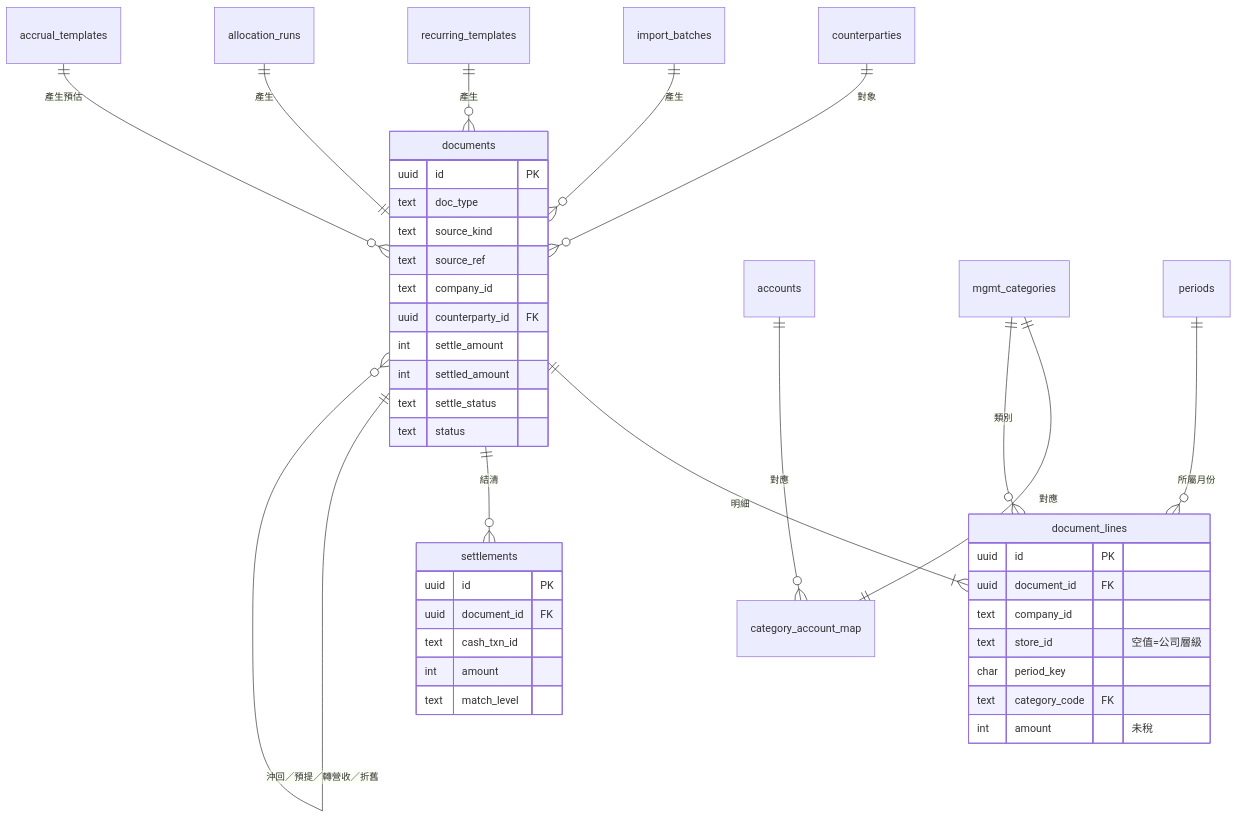
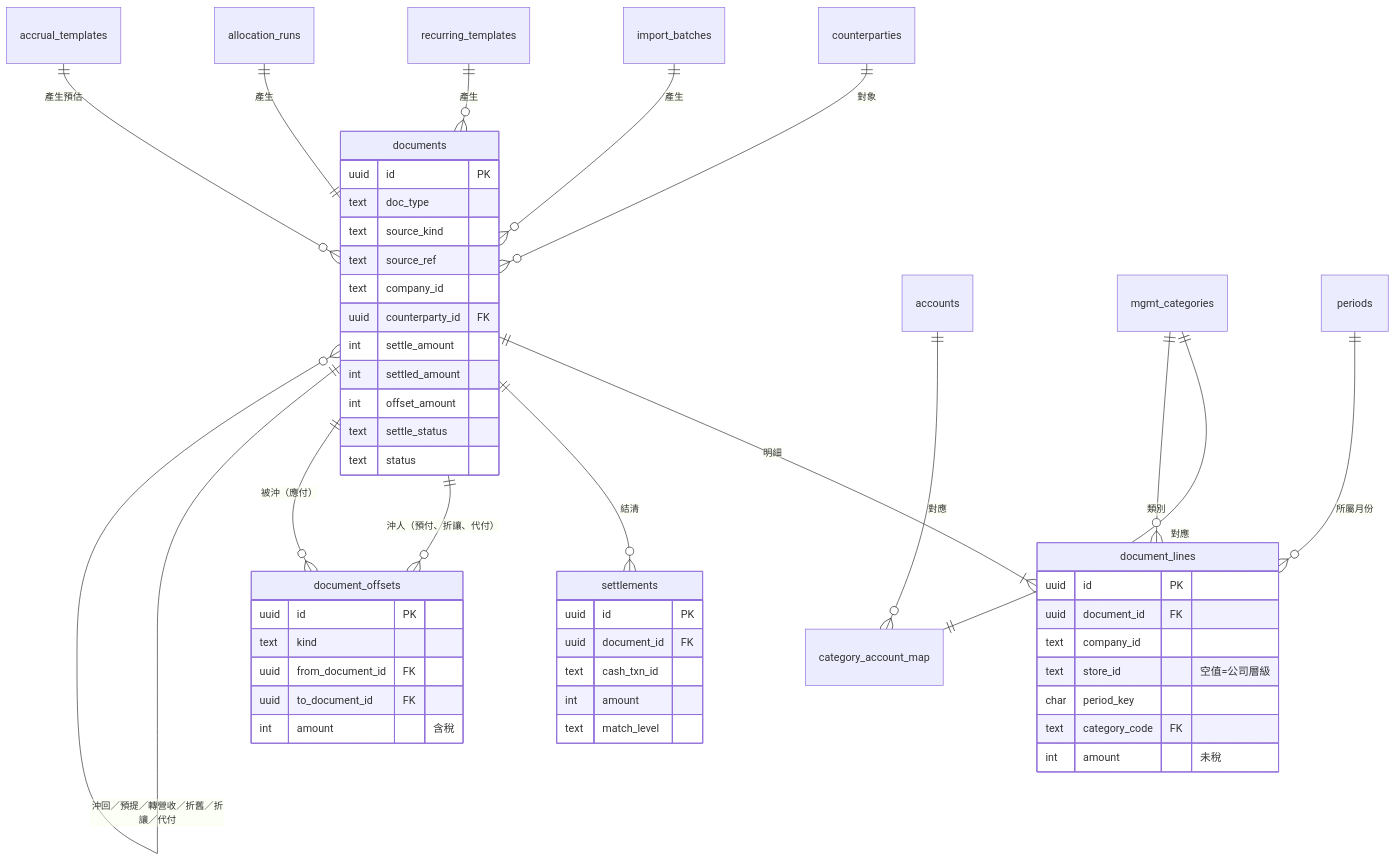
One commit to natintw/chefpl changed the second of 8 diagrams in docs/帳務損益系統_開發文件.md. Above: the diagram before and after it, drawn with Mermaid. The commit also changed other lines of this file and 33 other files, not shown here.

````diff
--- a/docs/帳務損益系統_開發文件.md
+++ b/docs/帳務損益系統_開發文件.md
@@ -828,44 +1157,54 @@
 ```mermaid
 erDiagram
   counterparties ||--o{ documents : "對象"
   documents ||--|{ document_lines : "明細"
   documents ||--o{ settlements : "結清"
+  documents ||--o{ document_offsets : "沖人（預付、折讓、代付）"
+  documents ||--o{ document_offsets : "被沖（應付）"
   accounts ||--o{ category_account_map : "對應"
   mgmt_categories ||--|| category_account_map : "對應"
   mgmt_categories ||--o{ document_lines : "類別"
   import_batches ||--o{ documents : "產生"
   recurring_templates ||--o{ documents : "產生"
   allocation_runs ||--|| documents : "產生"
   periods ||--o{ document_lines : "所屬月份"
-  documents ||--o{ documents : "沖回／預提／轉營收／折舊"
+  documents ||--o{ documents : "沖回／預提／轉營收／折舊／折讓／代付"
   accrual_templates ||--o{ documents : "產生預估"
 
   documents {
     uuid id PK
     text doc_type
     text source_kind
     text source_ref
     text company_id
     uuid counterparty_id FK
     int settle_amount
     int settled_amount
+    int offset_amount
     text settle_status
     text status
   }
   document_lines {
     uuid id PK
     uuid document_id FK
     text company_id
     text store_id "空值=公司層級"
     char period_key
     text category_code FK
     int amount "未稅"
   }
   settlements {
     uuid id PK
     uuid document_id FK
     text cash_txn_id
     int amount
     text match_level
   }
+  document_offsets {
+    uuid id PK
+    text kind
+    uuid from_document_id FK
+    uuid to_document_id FK
+    int amount "含稅"
+  }
 ```
````
